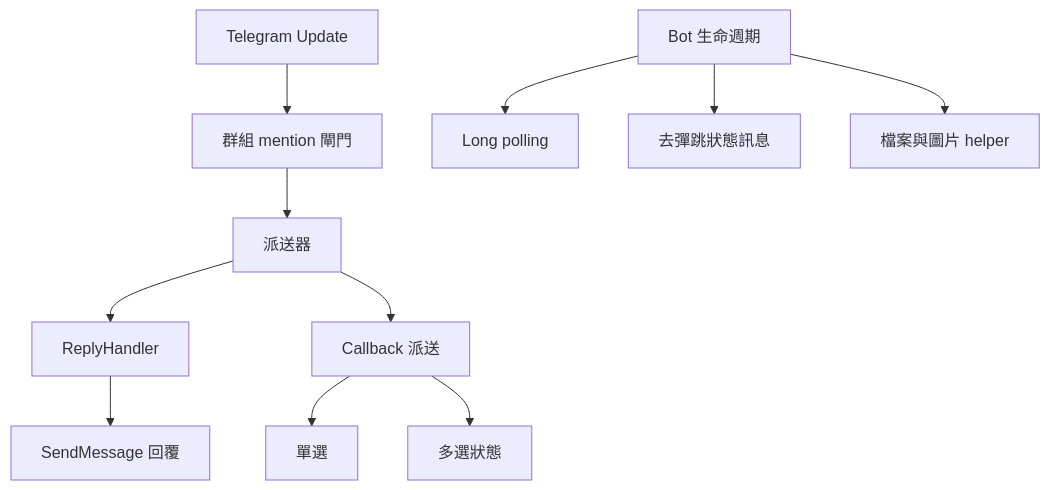
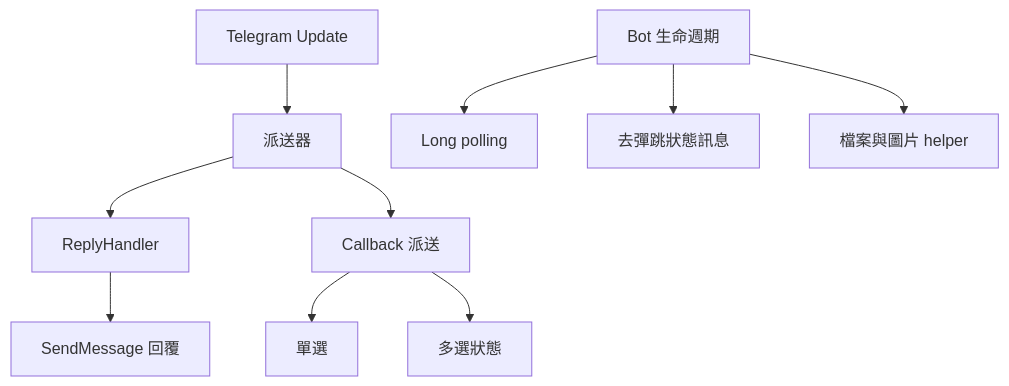
The second of 6 diagrams in doc/architecture.zh.md (pardnchiu/go-bot), drawn with Mermaid before and after one commit. The commit also changed other lines of this file and 5 other files, not shown here.

Commit message:
doc: Drop TTS and mention-gate documentation that no longer matches the code

````diff
--- a/doc/architecture.zh.md
+++ b/doc/architecture.zh.md
@@ -29,13 +24,12 @@
 ```mermaid
 graph TB
-    Update[Telegram Update] --> Gate[群組 mention 閘門]
-    Gate --> Dispatch[派送器]
+    Update[Telegram Update] --> Dispatch[派送器]
     Dispatch --> Handler[ReplyHandler]
     Handler --> Reply[SendMessage 回覆]
     Dispatch --> Callback[Callback 派送]
     Callback --> Single[單選]
     Callback --> Multi[多選狀態]
     Bot[Bot 生命週期] --> Poll[Long polling]
     Bot --> Status[去彈跳狀態訊息]
     Bot --> Media[檔案與圖片 helper]
 ```
````
